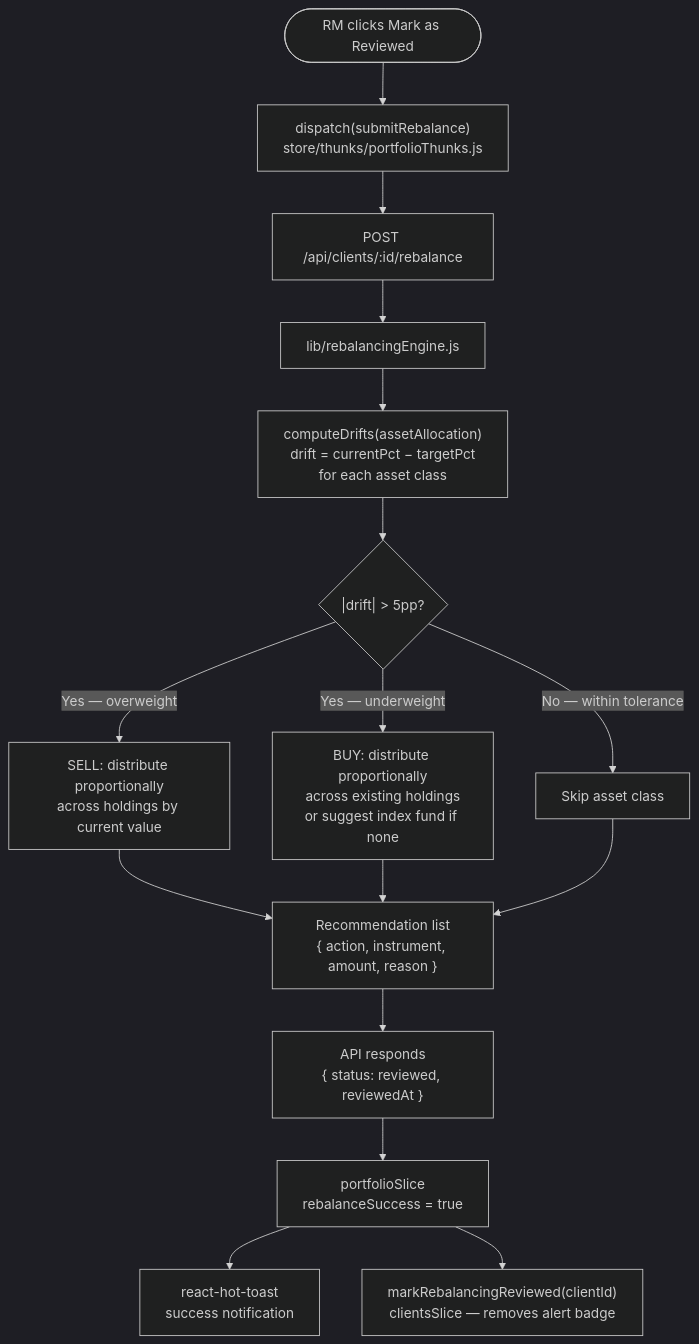
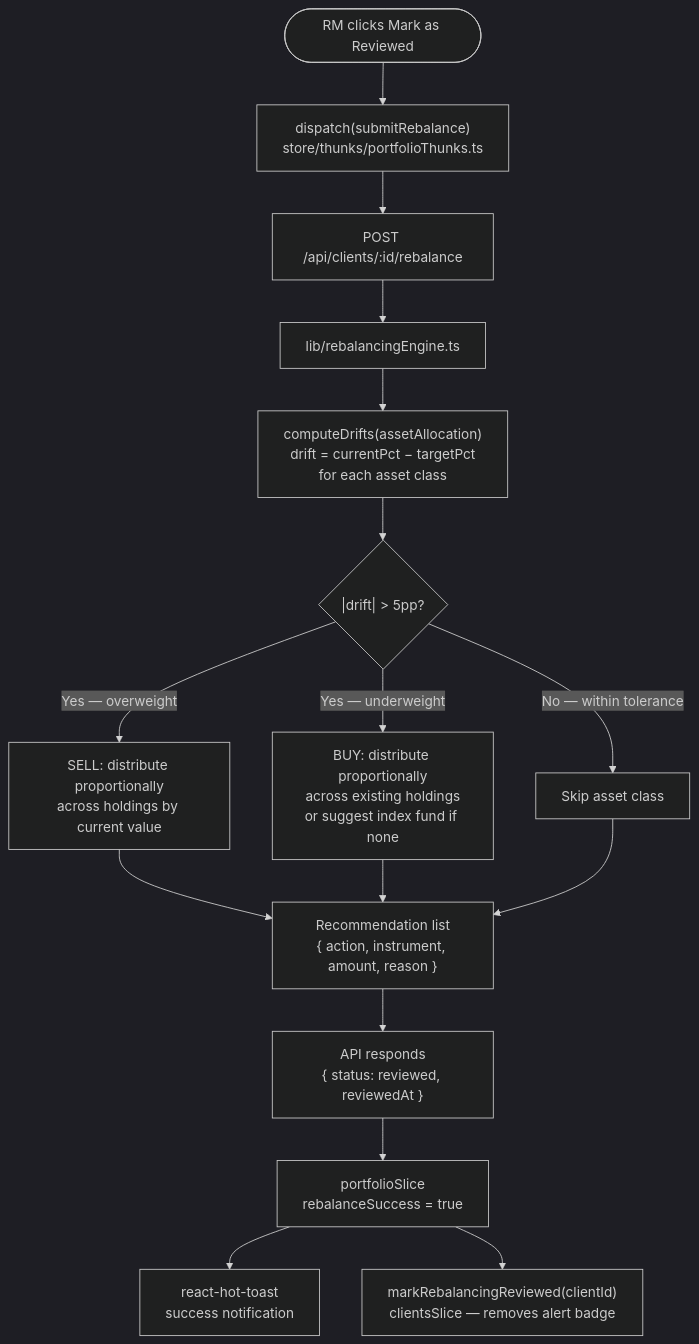
The third of 3 diagrams in README.md (rohitrkbe/portfolio-pulse), drawn with Mermaid (dark theme) before and after one commit. The commit also changed other lines of this file and 93 other files, not shown here.

````diff
--- a/README.md
+++ b/README.md
@@ -124,21 +125,21 @@
 ```mermaid
 flowchart TD
-    Trigger([RM clicks Mark as Reviewed]) --> Dispatch["dispatch(submitRebalance)\nstore/thunks/portfolioThunks.js"]
+    Trigger([RM clicks Mark as Reviewed]) --> Dispatch["dispatch(submitRebalance)\nstore/thunks/portfolioThunks.ts"]
     Dispatch --> API["POST /api/clients/:id/rebalance"]
-    API --> Engine["lib/rebalancingEngine.js"]
+    API --> Engine["lib/rebalancingEngine.ts"]
     Engine --> Drift["computeDrifts(assetAllocation)\ndrift = currentPct − targetPct\nfor each asset class"]
 
     Drift --> Threshold{"|drift| > 5pp?"}
     Threshold -->|No — within tolerance| Skip[Skip asset class]
     Threshold -->|Yes — overweight| Sell["SELL: distribute proportionally\nacross holdings by current value"]
     Threshold -->|Yes — underweight| Buy["BUY: distribute proportionally\nacross existing holdings\nor suggest index fund if none"]
 
     Sell --> Recs["Recommendation list\n{ action, instrument, amount, reason }"]
     Buy --> Recs
     Skip --> Recs
 
     Recs --> Response["API responds\n{ status: reviewed, reviewedAt }"]
     Response --> SliceUpdate["portfolioSlice\nrebalanceSuccess = true"]
     SliceUpdate --> Toast["react-hot-toast\nsuccess notification"]
     SliceUpdate --> ClientMark["markRebalancingReviewed(clientId)\nclientsSlice — removes alert badge"]
 ```
````
